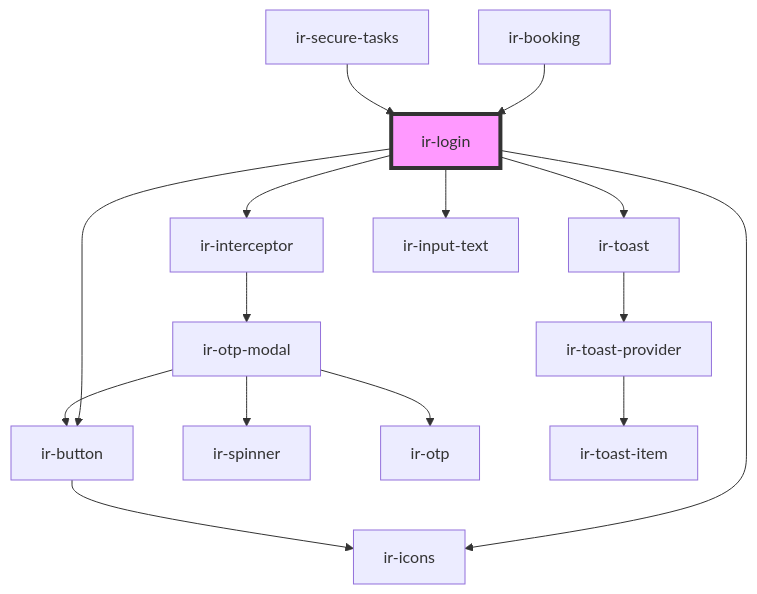
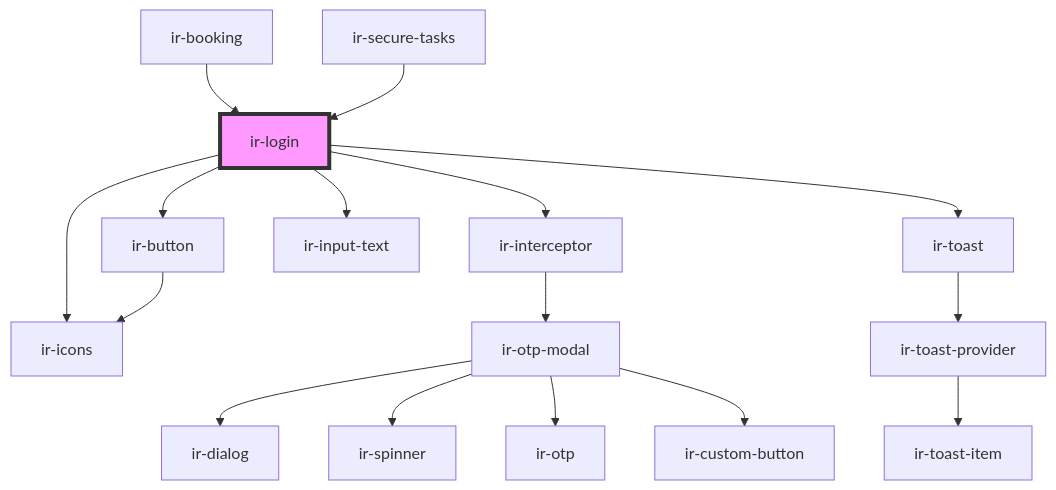
The diagram in src/components/ir-login/readme.md (RonyRizk/ir-webcmp), drawn with Mermaid before and after one commit. The commit also changed 51 other files, not shown here.

````diff
--- a/src/components/ir-login/readme.md
+++ b/src/components/ir-login/readme.md
@@ -31,18 +31,19 @@
 ```mermaid
 graph TD;
   ir-login --> ir-interceptor
   ir-login --> ir-toast
   ir-login --> ir-input-text
   ir-login --> ir-icons
   ir-login --> ir-button
   ir-interceptor --> ir-otp-modal
+  ir-otp-modal --> ir-dialog
   ir-otp-modal --> ir-spinner
   ir-otp-modal --> ir-otp
-  ir-otp-modal --> ir-button
-  ir-button --> ir-icons
+  ir-otp-modal --> ir-custom-button
   ir-toast --> ir-toast-provider
   ir-toast-provider --> ir-toast-item
+  ir-button --> ir-icons
   ir-booking --> ir-login
   ir-secure-tasks --> ir-login
   style ir-login fill:#f9f,stroke:#333,stroke-width:4px
 ```
````
